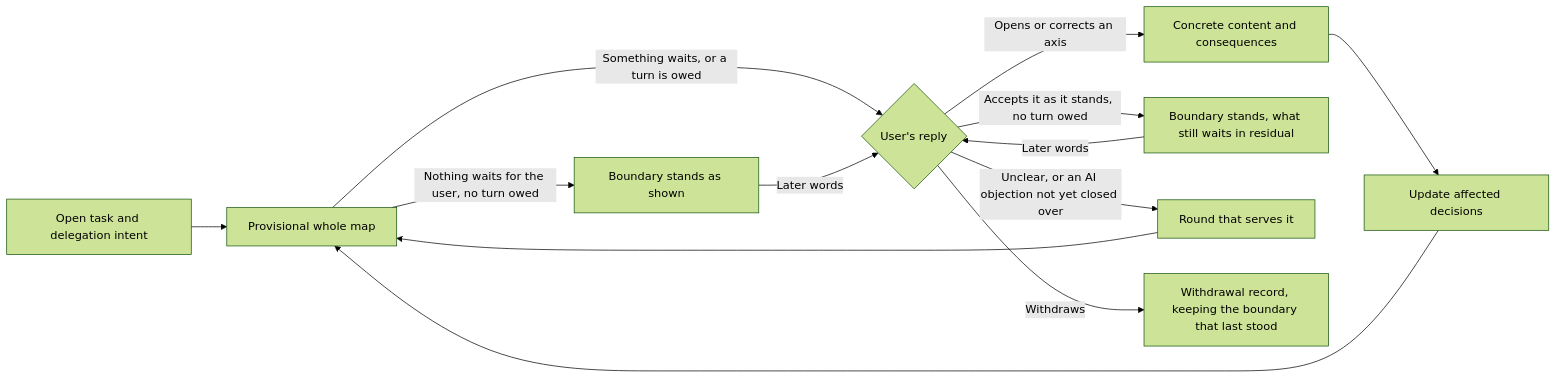
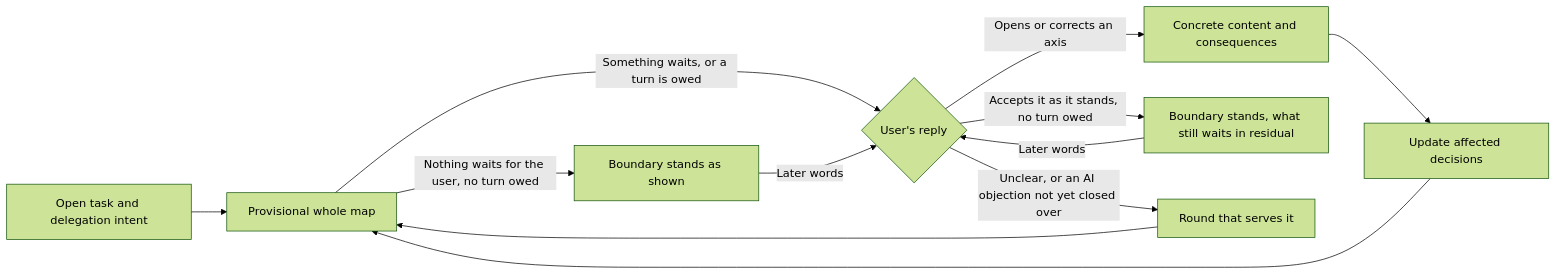
One commit to jongwony/epistemic-protocols changed the diagram in horismos/README.md. Above: the diagram before and after it, drawn with Mermaid (forest theme). The commit also changed other lines of this file and 6 other files, not shown here.

````diff
--- a/horismos/README.md
+++ b/horismos/README.md
@@ -9,15 +9,14 @@
 ```mermaid
 flowchart LR
     A[Open task and delegation intent] --> B[Provisional whole map]
     B -->|Nothing waits for the user, no turn owed| G[Boundary stands as shown]
     B -->|Something waits, or a turn is owed| C{User's reply}
     C -->|Opens or corrects an axis| D[Concrete content and consequences]
     D --> E[Update affected decisions]
     E --> B
     C -->|Accepts it as it stands, no turn owed| F[Boundary stands, what still waits in residual]
     C -->|Unclear, or an AI objection not yet closed over| H[Round that serves it]
     H --> B
-    C -->|Withdraws| W[Withdrawal record, keeping the boundary that last stood]
     F -->|Later words| C
     G -->|Later words| C
 ```
````
